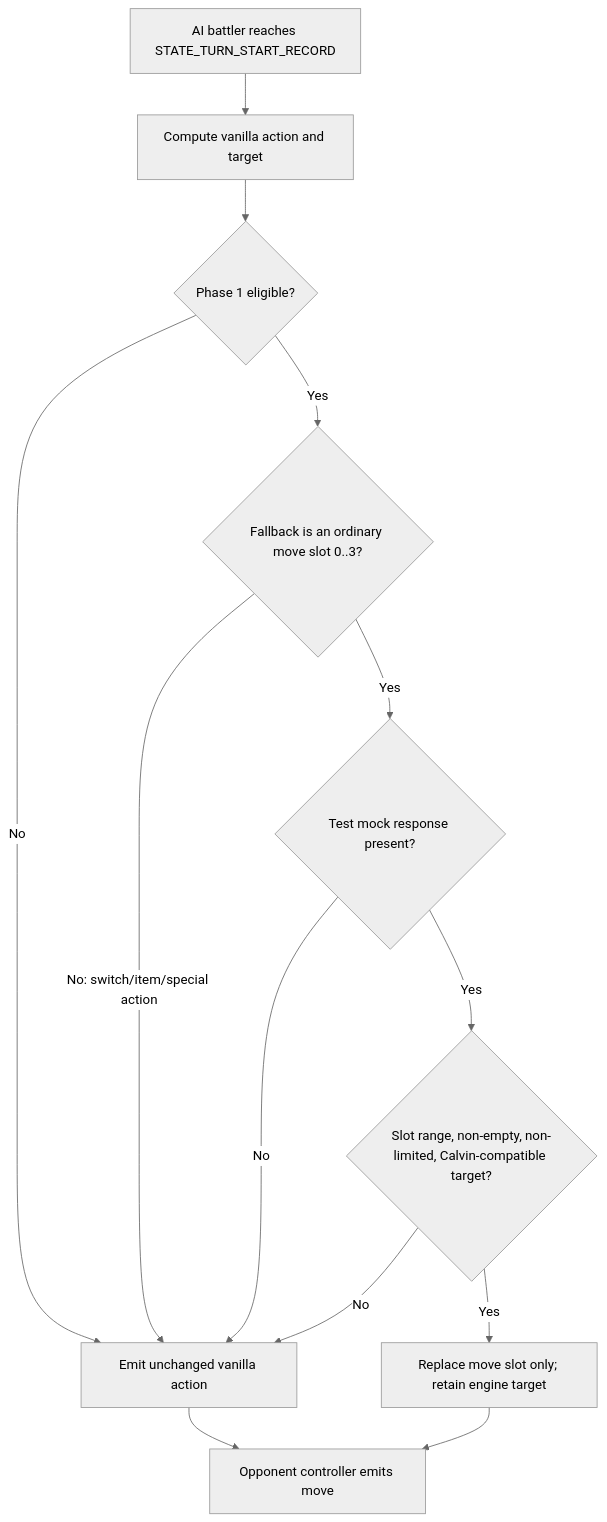
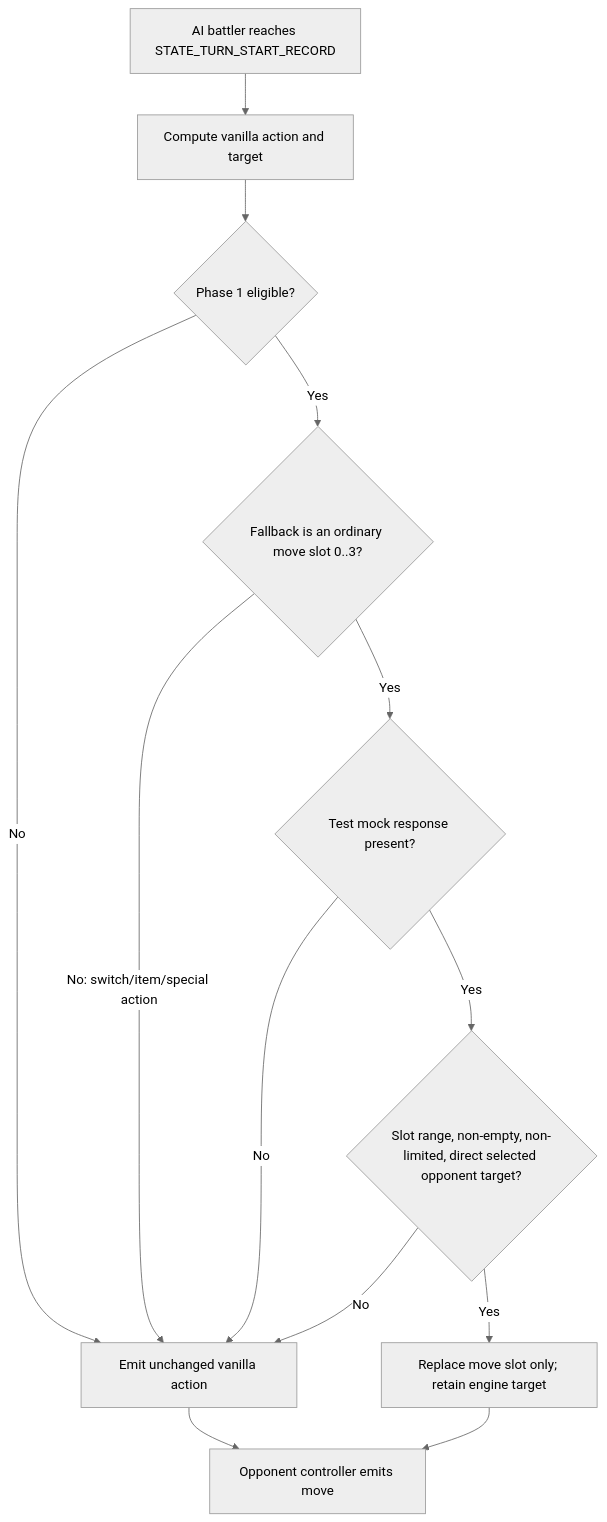
Before and after one commit to jerememetan/pokeemerald-expansion: the diagram in docs/openai-battle-agent/reviews/2026-07-18-phase-1-trainer-opt-in-and-rom-mock-flow-review.md, drawn with Mermaid (neutral theme). The commit also changed other lines of this file and 4 other files, not shown here.

````diff
--- a/docs/openai-battle-agent/reviews/2026-07-18-phase-1-trainer-opt-in-and-rom-mock-flow-review.md
+++ b/docs/openai-battle-agent/reviews/2026-07-18-phase-1-trainer-opt-in-and-rom-mock-flow-review.md
@@ -16,15 +18,15 @@
 ```mermaid
 flowchart TD
   A["AI battler reaches STATE_TURN_START_RECORD"] --> B["Compute vanilla action and target"]
   B --> C{"Phase 1 eligible?"}
   C -- "No" --> V["Emit unchanged vanilla action"]
   C -- "Yes" --> D{"Fallback is an ordinary move slot 0..3?"}
   D -- "No: switch/item/special action" --> V
   D -- "Yes" --> E{"Test mock response present?"}
   E -- "No" --> V
-  E -- "Yes" --> F{"Slot range, non-empty, non-limited, Calvin-compatible target?"}
+  E -- "Yes" --> F{"Slot range, non-empty, non-limited, direct selected opponent target?"}
   F -- "No" --> V
   F -- "Yes" --> G["Replace move slot only; retain engine target"]
   G --> H["Opponent controller emits move"]
   V --> H
 ```
````
